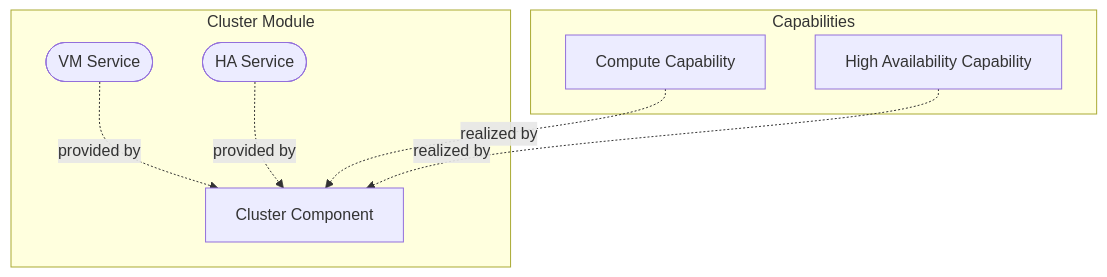
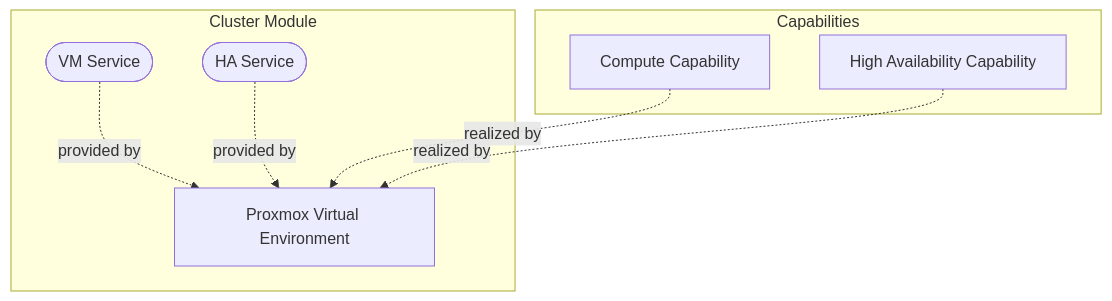
The first of 5 diagrams in docs/architecture/module-designs/foundation.md (TAPPaaS/Documentation), drawn with Mermaid before and after one commit. The commit also changed other lines of this file, not shown here.

Commit message:
Update Foundation diagrams with specific component names

````diff
--- a/docs/architecture/module-designs/foundation.md
+++ b/docs/architecture/module-designs/foundation.md
@@ -16,18 +16,18 @@
 ```mermaid
 flowchart TB
     subgraph Capabilities
         Compute[Compute Capability]
         HA[High Availability Capability]
     end
 
     subgraph Cluster Module
-        ClusterComp[Cluster Component]
+        PVE[Proxmox Virtual Environment]
         VMService([VM Service])
         HAService([HA Service])
-        VMService -.->|provided by| ClusterComp
-        HAService -.->|provided by| ClusterComp
+        VMService -.->|provided by| PVE
+        HAService -.->|provided by| PVE
     end
 
-    Compute -.->|realized by| ClusterComp
-    HA -.->|realized by| ClusterComp
+    Compute -.->|realized by| PVE
+    HA -.->|realized by| PVE
 ```
````
